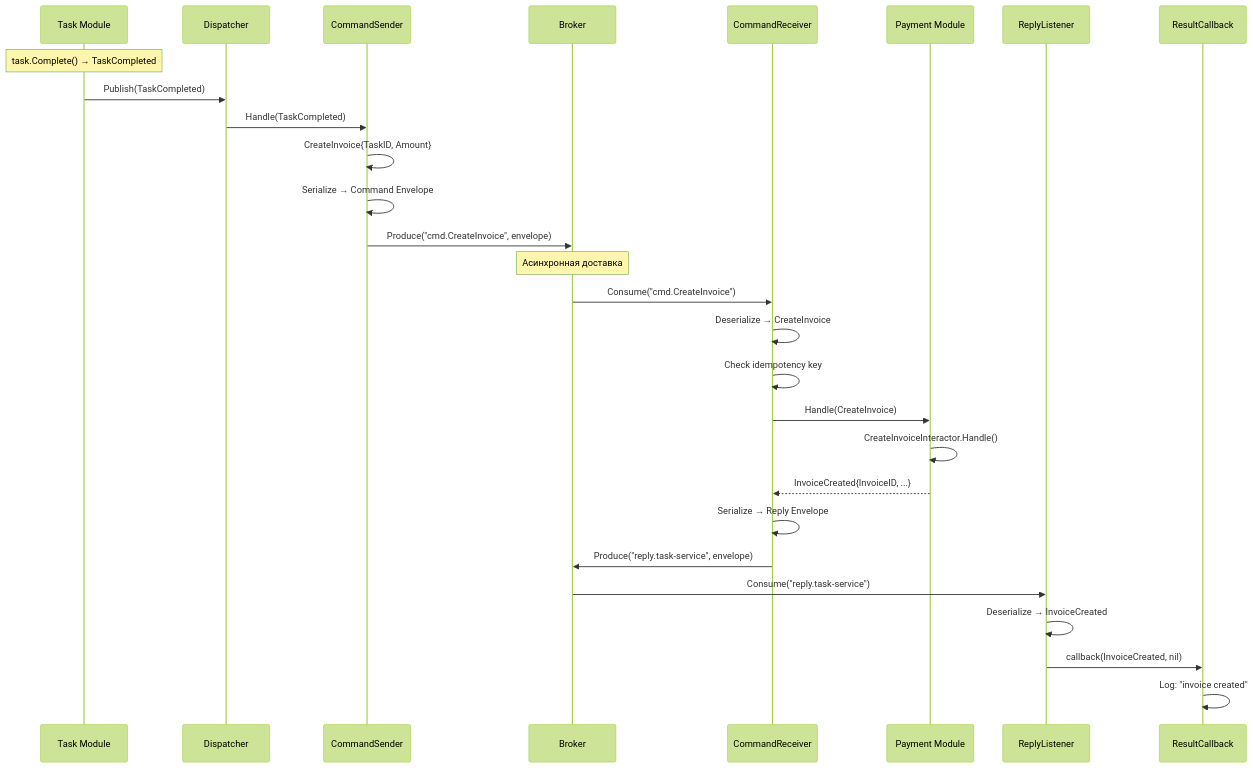
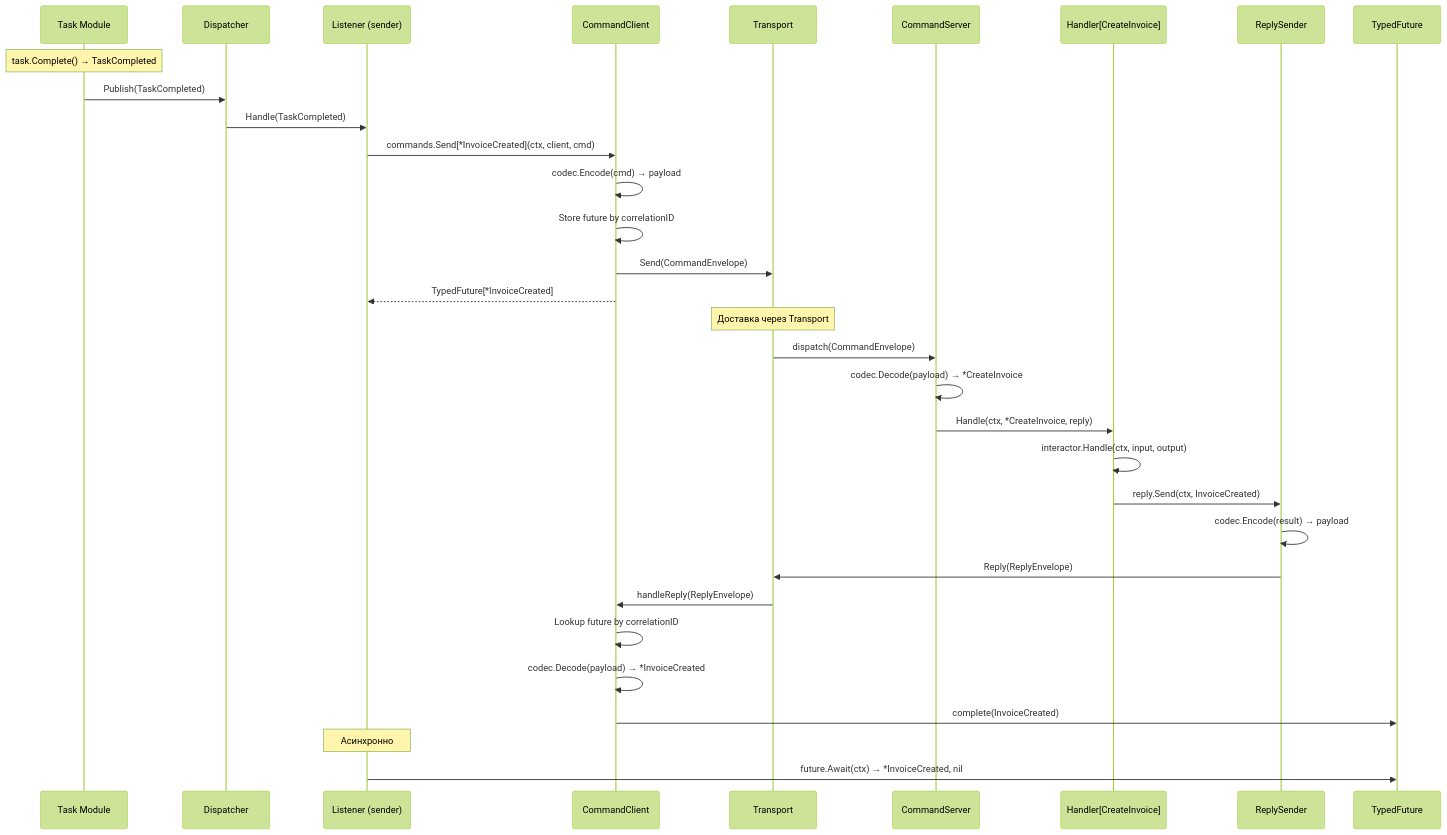
Diagram 11 of 14 in README.md (shuldan/skeleton), drawn with Mermaid (forest theme) before and after one commit. The commit also changed other lines of this file and 16 other files, not shown here.

````diff
--- a/README.md
+++ b/README.md
@@ -1480,34 +1394,39 @@
 ```mermaid
 sequenceDiagram
     participant T as Task Module
     participant D as Dispatcher
-    participant CS as CommandSender
-    participant B as Broker
-    participant CR as CommandReceiver
-    participant P as Payment Module
-    participant RL as ReplyListener
-    participant CB as ResultCallback
+    participant LS as Listener (sender)
+    participant CL as CommandClient
+    participant TR as Transport
+    participant SRV as CommandServer
+    participant HDL as Handler[CreateInvoice]
+    participant RS as ReplySender
+    participant FUT as TypedFuture
 
     Note over T: task.Complete() → TaskCompleted
     T->>D: Publish(TaskCompleted)
-    D->>CS: Handle(TaskCompleted)
-    CS->>CS: CreateInvoice{TaskID, Amount}
-    CS->>CS: Serialize → Command Envelope
-    CS->>B: Produce("cmd.CreateInvoice", envelope)
+    D->>LS: Handle(TaskCompleted)
+    LS->>CL: commands.Send[*InvoiceCreated](ctx, client, cmd)
+    CL->>CL: codec.Encode(cmd) → payload
+    CL->>CL: Store future by correlationID
+    CL->>TR: Send(CommandEnvelope)
+    CL-->>LS: TypedFuture[*InvoiceCreated]
     
-    Note over B: Асинхронная доставка
+    Note over TR: Доставка через Transport
     
-    B->>CR: Consume("cmd.CreateInvoice")
-    CR->>CR: Deserialize → CreateInvoice
-    CR->>CR: Check idempotency key
-    CR->>P: Handle(CreateInvoice)
-    P->>P: CreateInvoiceInteractor.Handle()
-    P-->>CR: InvoiceCreated{InvoiceID, ...}
-    CR->>CR: Serialize → Reply Envelope
-    CR->>B: Produce("reply.task-service", envelope)
+    TR->>SRV: dispatch(CommandEnvelope)
+    SRV->>SRV: codec.Decode(payload) → *CreateInvoice
+    SRV->>HDL: Handle(ctx, *CreateInvoice, reply)
+    HDL->>HDL: interactor.Handle(ctx, input, output)
+    HDL->>RS: reply.Send(ctx, InvoiceCreated)
+    RS->>RS: codec.Encode(result) → payload
+    RS->>TR: Reply(ReplyEnvelope)
     
-    B->>RL: Consume("reply.task-service")
-    RL->>RL: Deserialize → InvoiceCreated
-    RL->>CB: callback(InvoiceCreated, nil)
-    CB->>CB: Log: "invoice created"
+    TR->>CL: handleReply(ReplyEnvelope)
+    CL->>CL: Lookup future by correlationID
+    CL->>CL: codec.Decode(payload) → *InvoiceCreated
+    CL->>FUT: complete(InvoiceCreated)
+    
+    Note over LS: Асинхронно
+    LS->>FUT: future.Await(ctx) → *InvoiceCreated, nil
 ```
````
